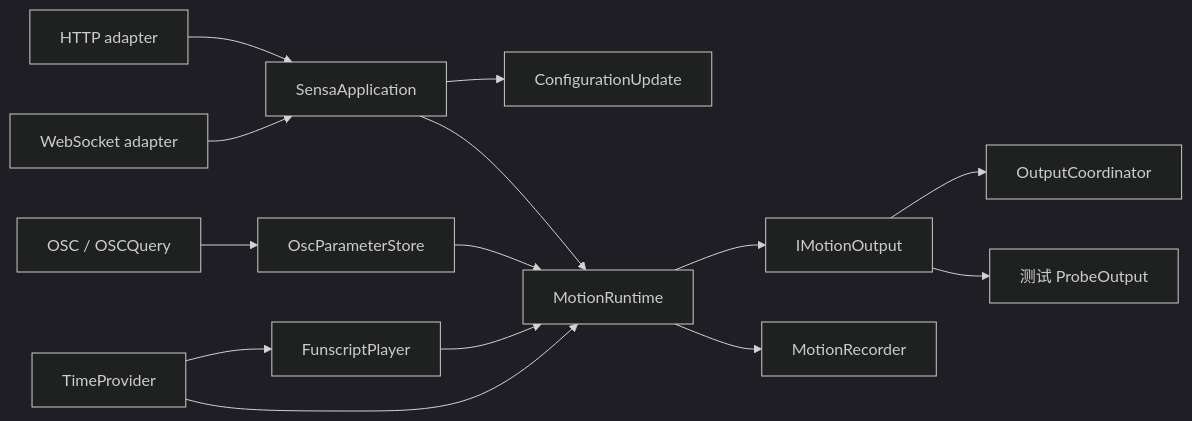
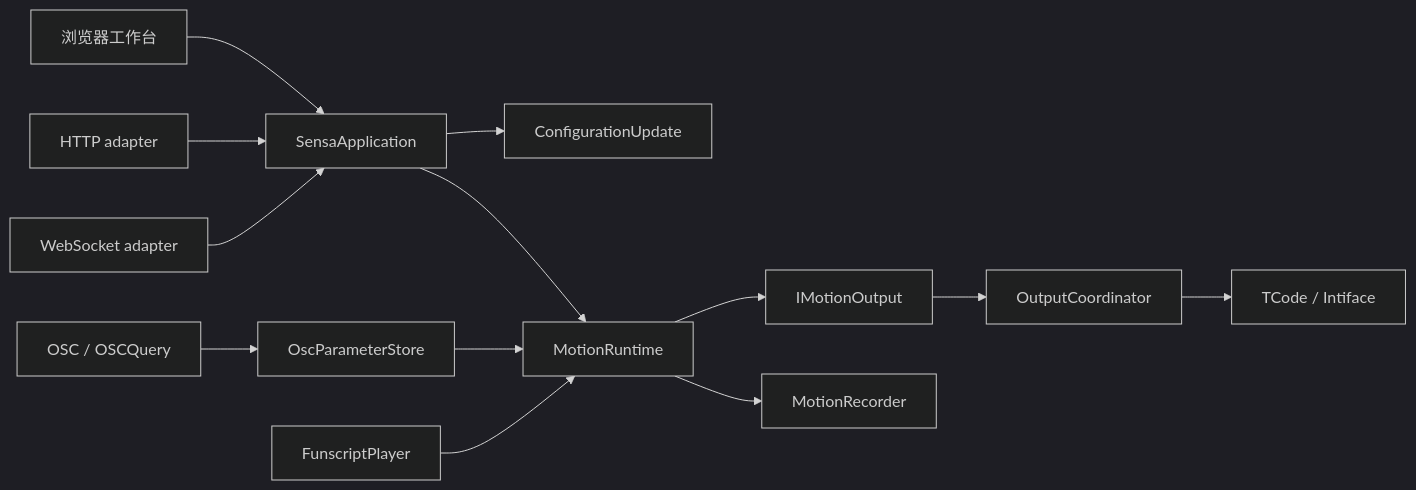
Before and after one commit to SeaLoong/Sensa: the diagram in docs/architecture.md, drawn with Mermaid (dark theme). The commit also changed other lines of this file and 147 other files, not shown here.

````diff
--- a/docs/architecture.md
+++ b/docs/architecture.md
@@ -9,16 +9,15 @@
 ```mermaid
 flowchart LR
-    HTTP[HTTP adapter] --> A[SensaApplication]
+    UI[浏览器工作台] --> A[SensaApplication]
+    HTTP[HTTP adapter] --> A
     WS[WebSocket adapter] --> A
     A --> C[ConfigurationUpdate]
     A --> M[MotionRuntime]
     OSC[OSC / OSCQuery] --> S[OscParameterStore]
     S --> M
     P[FunscriptPlayer] --> M
-    T[TimeProvider] --> M
-    T --> P
     M --> O[IMotionOutput]
     O --> R[OutputCoordinator]
-    O --> F[测试 ProbeOutput]
+    R --> T[TCode / Intiface]
     M --> REC[MotionRecorder]
 ```
````
